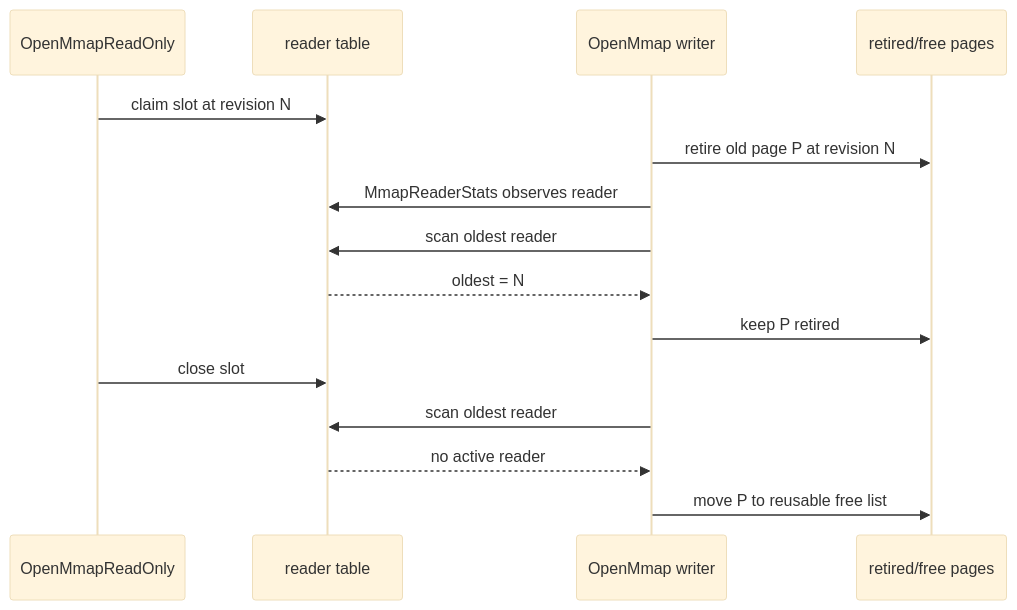
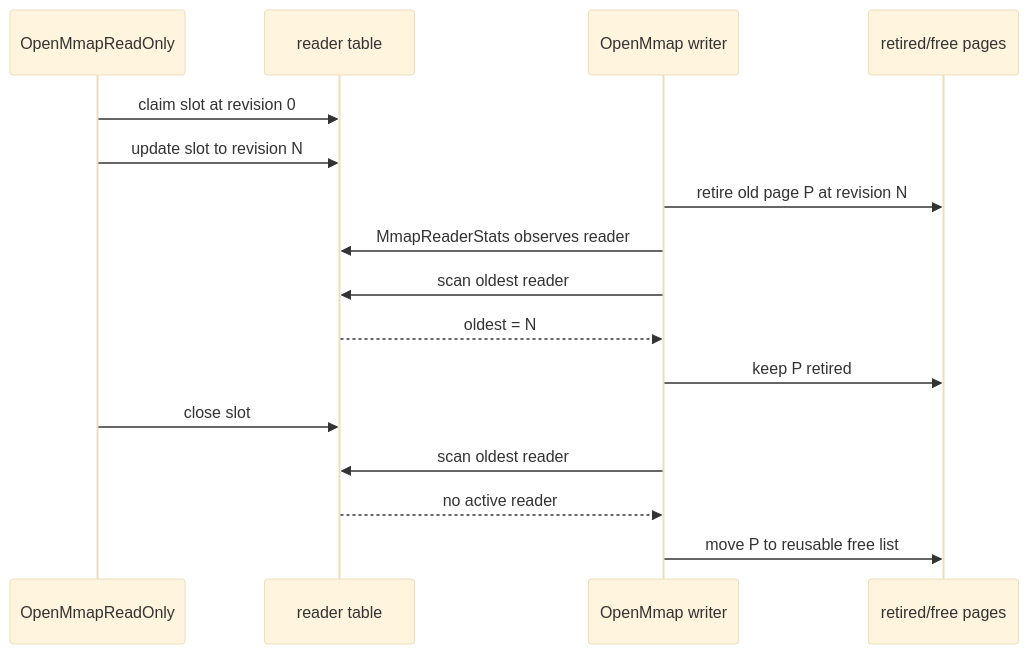
One commit to hadamrd/cow-btree-course changed the second of 3 diagrams in docs/09-openldap-opendj-research.md. Above: the diagram before and after it, drawn with Mermaid (base theme). The commit also changed other lines of this file and 5 other files, not shown here.

````diff
--- a/docs/09-openldap-opendj-research.md
+++ b/docs/09-openldap-opendj-research.md
@@ -68,18 +68,19 @@
 ```mermaid
 sequenceDiagram
     participant Reader as OpenMmapReadOnly
     participant Table as reader table
     participant Writer as OpenMmap writer
     participant Free as retired/free pages
 
-    Reader->>Table: claim slot at revision N
+    Reader->>Table: claim slot at revision 0
+    Reader->>Table: update slot to revision N
     Writer->>Free: retire old page P at revision N
     Writer->>Table: MmapReaderStats observes reader
     Writer->>Table: scan oldest reader
     Table-->>Writer: oldest = N
     Writer->>Free: keep P retired
     Reader->>Table: close slot
     Writer->>Table: scan oldest reader
     Table-->>Writer: no active reader
     Writer->>Free: move P to reusable free list
 ```
````
